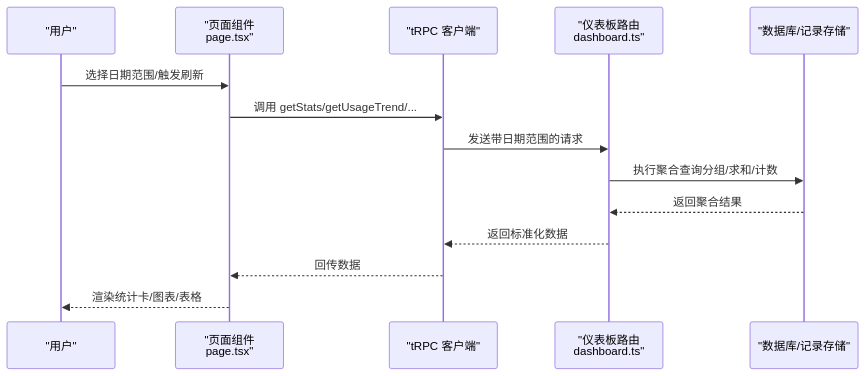
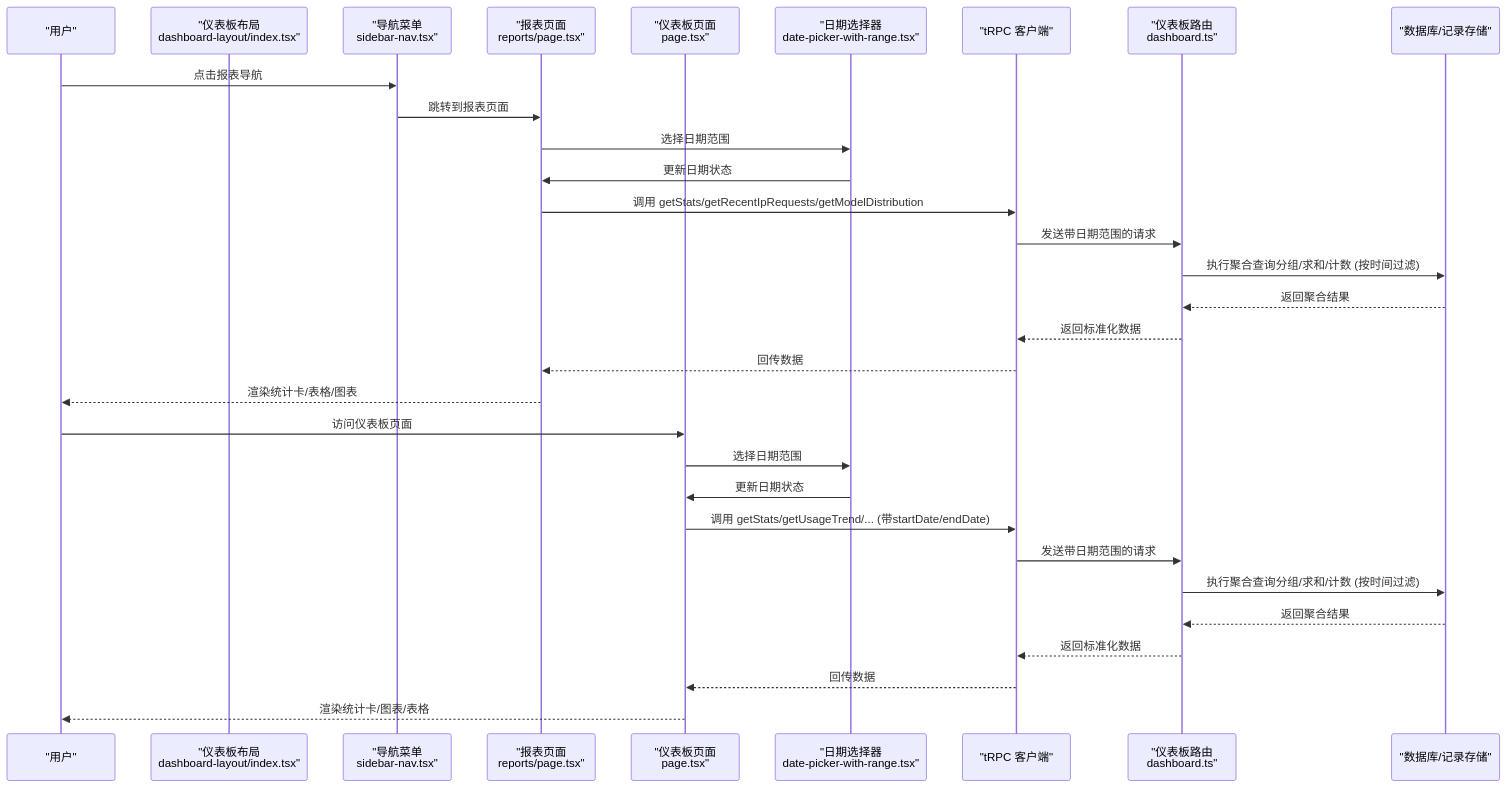
The second of 13 diagrams in .qoder/repowiki/zh/content/监控与分析/仪表板组件.md (RadiumAg/AIGate), drawn with Mermaid before and after one commit. The commit also changed other lines of this file and 21 other files, not shown here.

````diff
--- a/.qoder/repowiki/zh/content/监控与分析/仪表板组件.md
+++ b/.qoder/repowiki/zh/content/监控与分析/仪表板组件.md
@@ -110,16 +137,33 @@
 ```mermaid
 sequenceDiagram
 participant U as "用户"
-participant P as "页面组件<br/>page.tsx"
+participant L as "仪表板布局<br/>dashboard-layout/index.tsx"
+participant N as "导航菜单<br/>sidebar-nav.tsx"
+participant RP as "报表页面<br/>reports/page.tsx"
+participant P as "仪表板页面<br/>page.tsx"
+participant D as "日期选择器<br/>date-picker-with-range.tsx"
 participant T as "tRPC 客户端"
 participant R as "仪表板路由<br/>dashboard.ts"
 participant DB as "数据库/记录存储"
-U->>P : 选择日期范围/触发刷新
-P->>T : 调用 getStats/getUsageTrend/...
+U->>N : 点击报表导航
+N->>RP : 跳转到报表页面
+RP->>D : 选择日期范围
+D->>RP : 更新日期状态
+RP->>T : 调用 getStats/getRecentIpRequests/getModelDistribution
 T->>R : 发送带日期范围的请求
-R->>DB : 执行聚合查询分组/求和/计数
+R->>DB : 执行聚合查询分组/求和/计数 (按时间过滤)
+DB-->>R : 返回聚合结果
+R-->>T : 返回标准化数据
+T-->>RP : 回传数据
+RP-->>U : 渲染统计卡/表格/图表
+U->>P : 访问仪表板页面
+P->>D : 选择日期范围
+D->>P : 更新日期状态
+P->>T : 调用 getStats/getUsageTrend/... (带startDate/endDate)
+T->>R : 发送带日期范围的请求
+R->>DB : 执行聚合查询分组/求和/计数 (按时间过滤)
 DB-->>R : 返回聚合结果
 R-->>T : 返回标准化数据
 T-->>P : 回传数据
 P-->>U : 渲染统计卡/图表/表格
 ```
````
